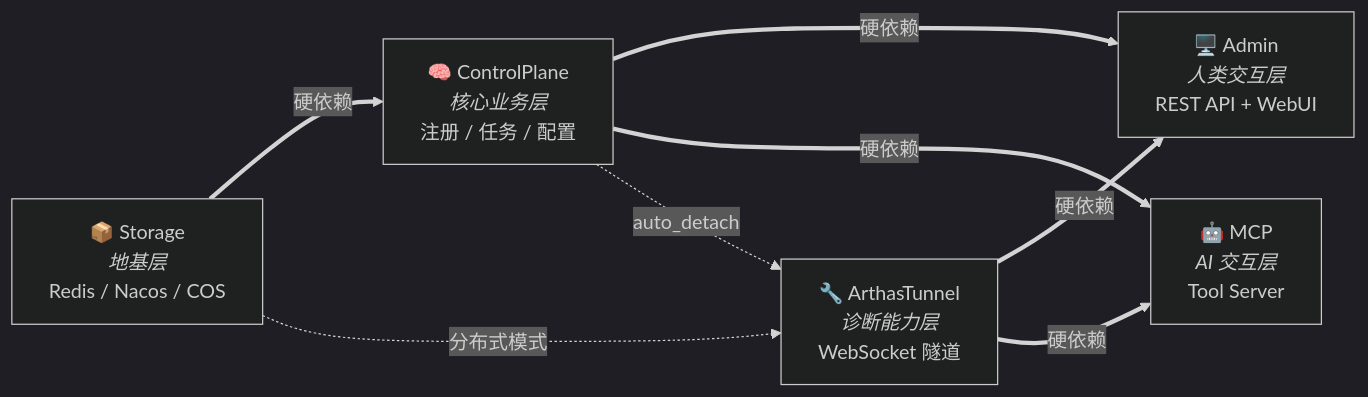
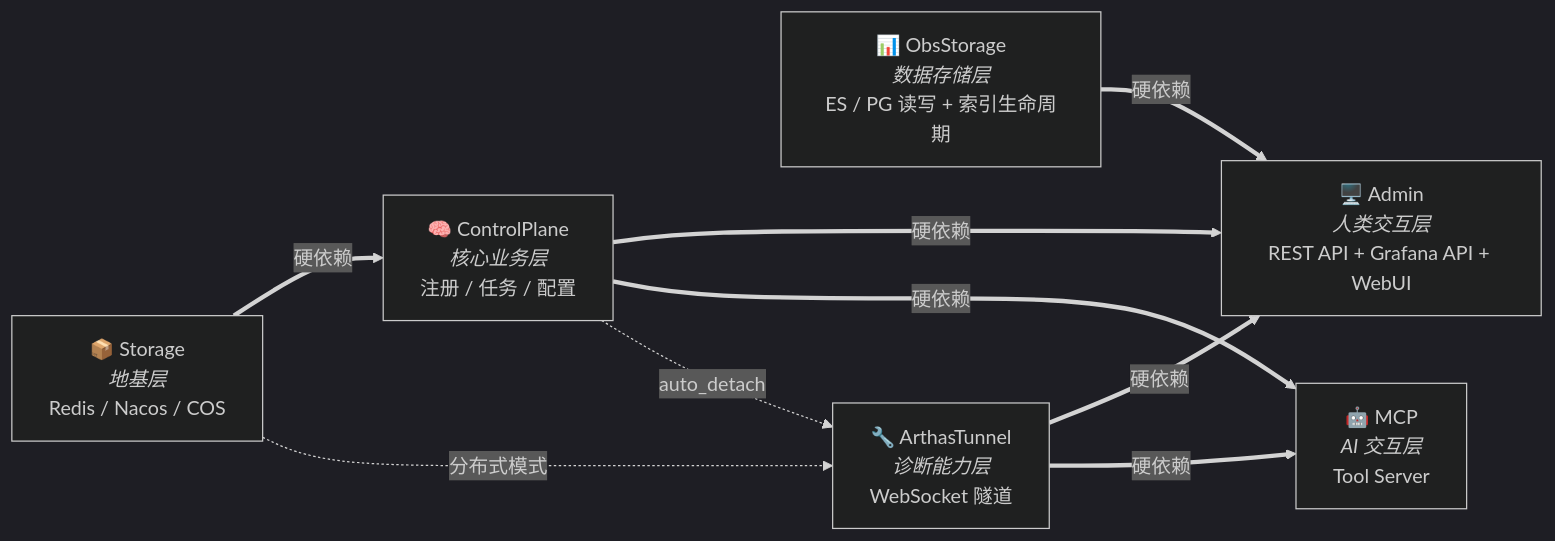
The second of 11 diagrams in README.md (junjiewwang/custom-opentelemetry-collector), drawn with Mermaid (dark theme) before and after one commit. The commit also changed other lines of this file, not shown here.

````diff
--- a/README.md
+++ b/README.md
@@ -99,17 +117,18 @@
 ```mermaid
 graph LR
     Storage["📦 Storage<br/><i>地基层</i><br/>Redis / Nacos / COS"]
+    ObsStorage["📊 ObsStorage<br/><i>数据存储层</i><br/>ES / PG 读写 + 索引生命周期"]
     CP["🧠 ControlPlane<br/><i>核心业务层</i><br/>注册 / 任务 / 配置"]
     AT["🔧 ArthasTunnel<br/><i>诊断能力层</i><br/>WebSocket 隧道"]
-    Admin["🖥️ Admin<br/><i>人类交互层</i><br/>REST API + WebUI"]
+    Admin["🖥️ Admin<br/><i>人类交互层</i><br/>REST API + Grafana API + WebUI"]
     MCP["🤖 MCP<br/><i>AI 交互层</i><br/>Tool Server"]
 
     Storage ==>|"硬依赖"| CP
     Storage -.->|"分布式模式"| AT
+    ObsStorage ==>|"硬依赖"| Admin
     CP ==>|"硬依赖"| Admin
     CP ==>|"硬依赖"| MCP
     AT ==>|"硬依赖"| Admin
     AT ==>|"硬依赖"| MCP
     CP -.->|"auto_detach"| AT
-
 ```
````
